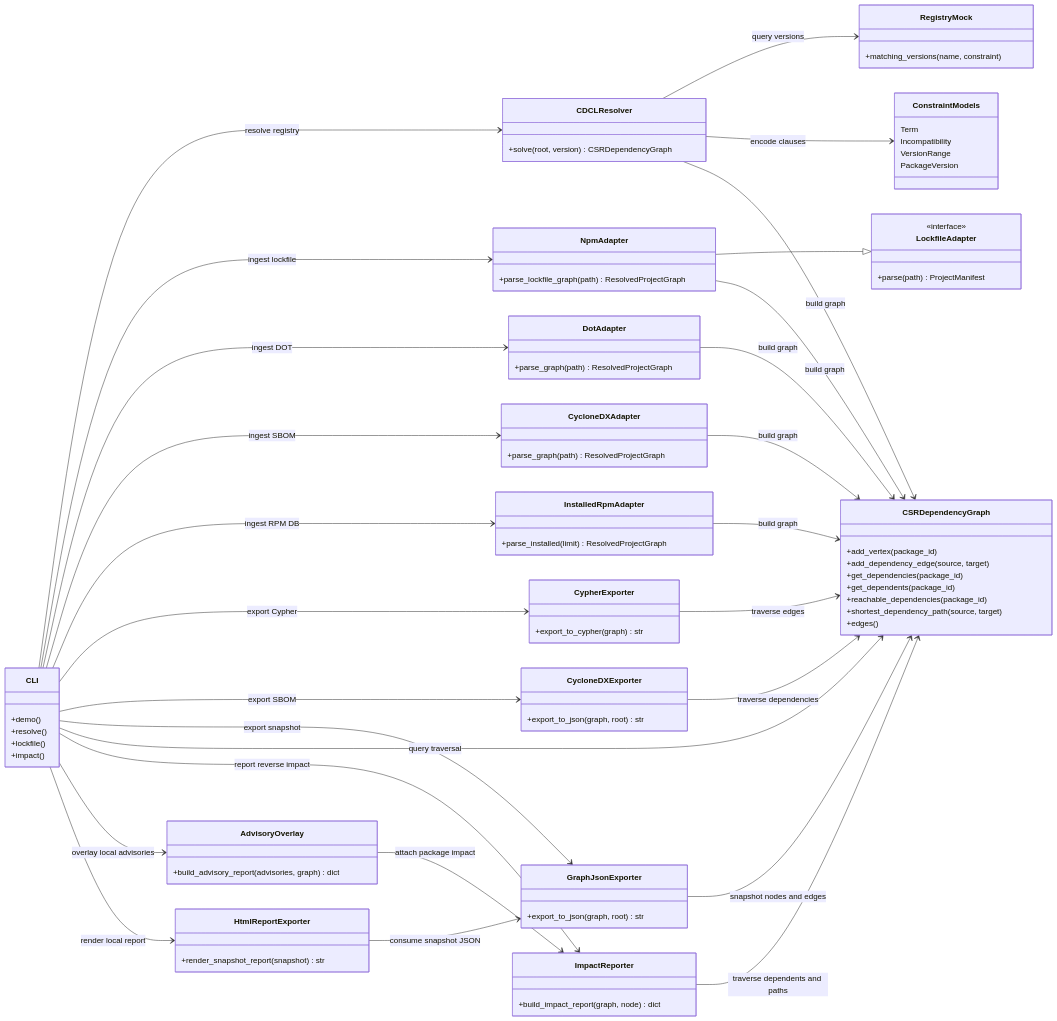
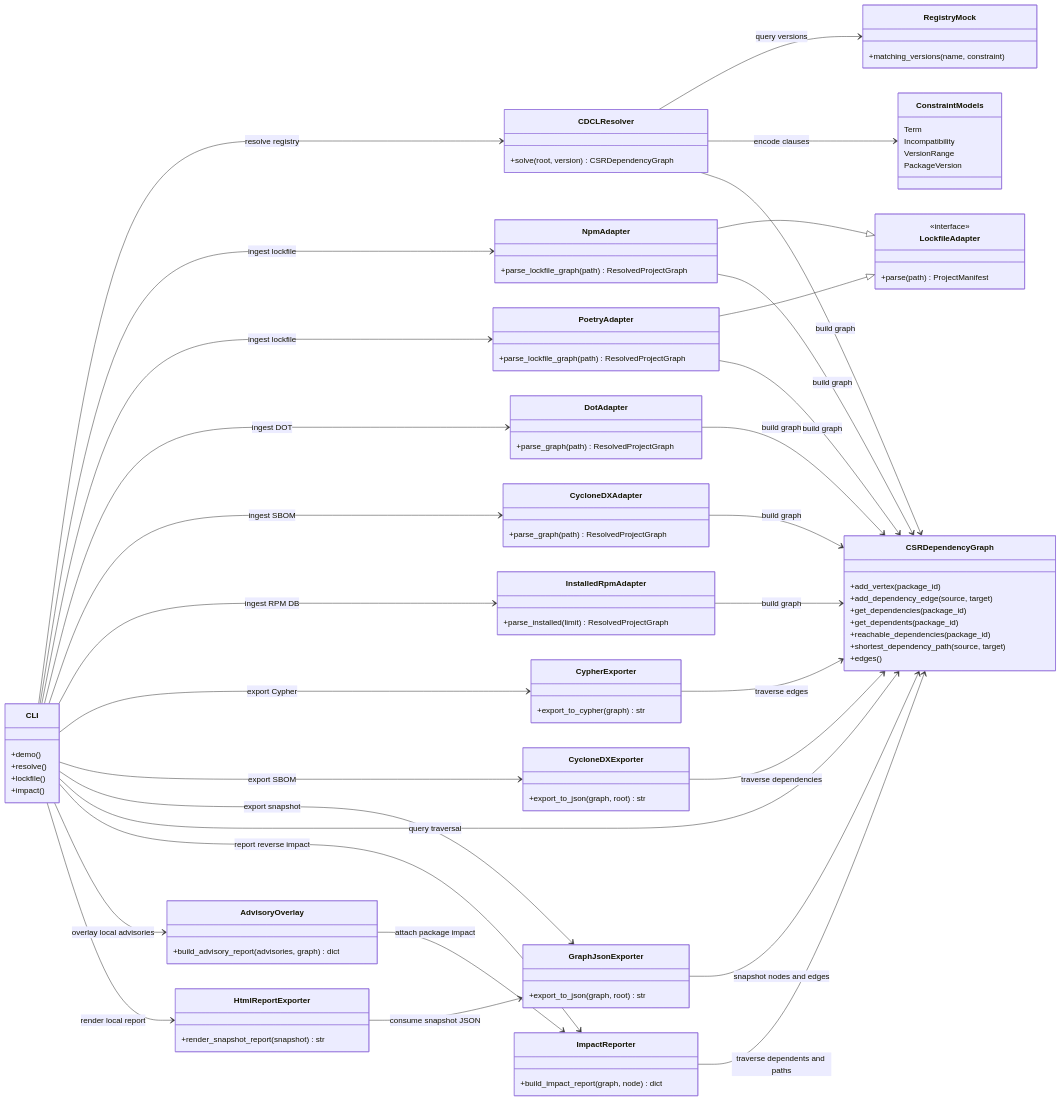
The first of 2 diagrams in README.md (xsub/EnterpriseLinux-SoftwareSupplyChain), drawn with Mermaid before and after one commit. The commit also changed other lines of this file and 9 other files, not shown here.

Commit message:
Add Poetry lockfile graph ingestion

```diff
--- a/README.md
+++ b/README.md
@@ -137,6 +144,9 @@
   +parse(path) ProjectManifest
 }
 class NpmAdapter {
+  +parse_lockfile_graph(path) ResolvedProjectGraph
+}
+class PoetryAdapter {
   +parse_lockfile_graph(path) ResolvedProjectGraph
 }
 class DotAdapter {
@@ -189,14 +199,17 @@
 }
 CLI --> CDCLResolver : resolve registry
 CLI --> NpmAdapter : ingest lockfile
+CLI --> PoetryAdapter : ingest lockfile
 CLI --> DotAdapter : ingest DOT
 CLI --> CycloneDXAdapter : ingest SBOM
 CLI --> InstalledRpmAdapter : ingest RPM DB
 NpmAdapter --|> LockfileAdapter
+PoetryAdapter --|> LockfileAdapter
 CDCLResolver --> RegistryMock : query versions
 CDCLResolver --> ConstraintModels : encode clauses
 CDCLResolver --> CSRDependencyGraph : build graph
 NpmAdapter --> CSRDependencyGraph : build graph
+PoetryAdapter --> CSRDependencyGraph : build graph
 DotAdapter --> CSRDependencyGraph : build graph
 CycloneDXAdapter --> CSRDependencyGraph : build graph
 InstalledRpmAdapter --> CSRDependencyGraph : build graph
```
